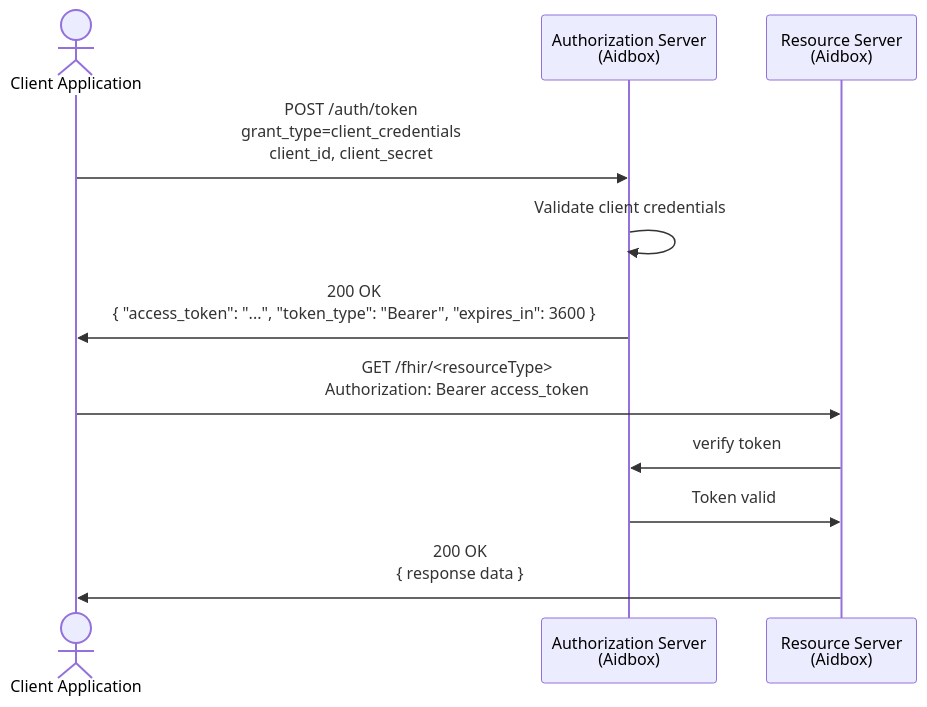
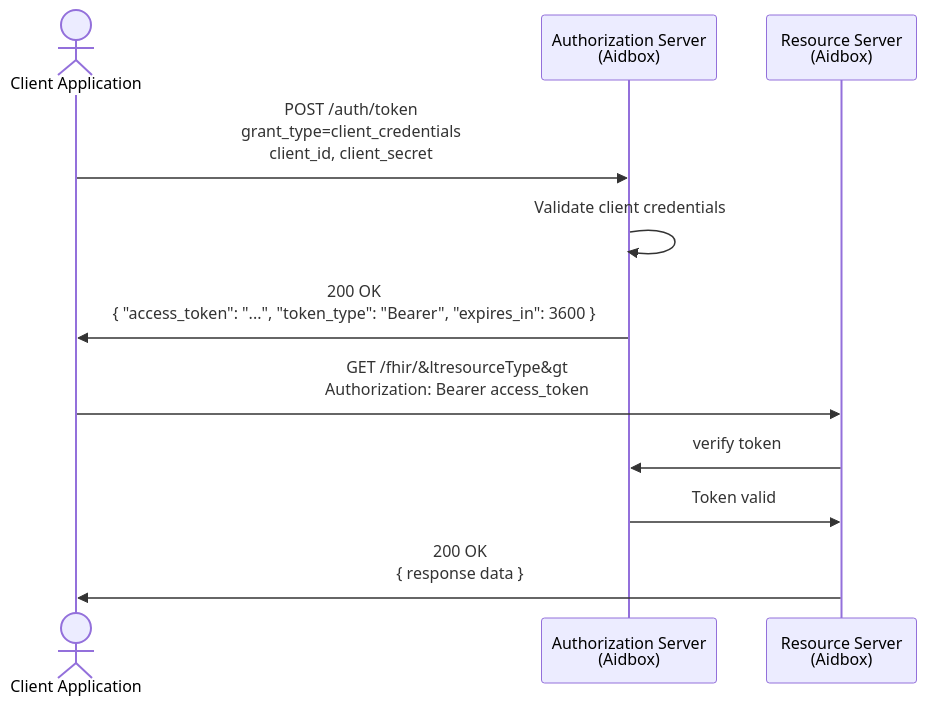
Before and after one commit to HealthSamurai/documentation: the first of 4 diagrams in docs/access-control/authentication/oauth-2-0.md, drawn with Mermaid. The commit also changed other lines of this file, not shown here.

Commit message:
fix mermaid rendering

````diff
--- a/docs/access-control/authentication/oauth-2-0.md
+++ b/docs/access-control/authentication/oauth-2-0.md
@@ -11,14 +11,14 @@
 ```mermaid fullWidth="true"
 sequenceDiagram
   actor ClientApp as Client Application
   participant AS as Authorization Server<br/>(Aidbox)
   participant RS as Resource Server<br/>(Aidbox)
 
   ClientApp ->> AS: POST /auth/token<br/>grant_type=client_credentials<br/>client_id, client_secret
   AS ->> AS: Validate client credentials
   AS ->> ClientApp: 200 OK<br/>{ "access_token": "...", "token_type": "Bearer", "expires_in": 3600 }
-  ClientApp ->> RS: GET /fhir/<resourceType><br>Authorization: Bearer access_token
+  ClientApp ->> RS: GET /fhir/&ltresourceType&gt<br>Authorization: Bearer access_token
   RS ->> AS: verify token
   AS ->> RS: Token valid
   RS ->> ClientApp: 200 OK<br/>{ response data }
 ```
````
